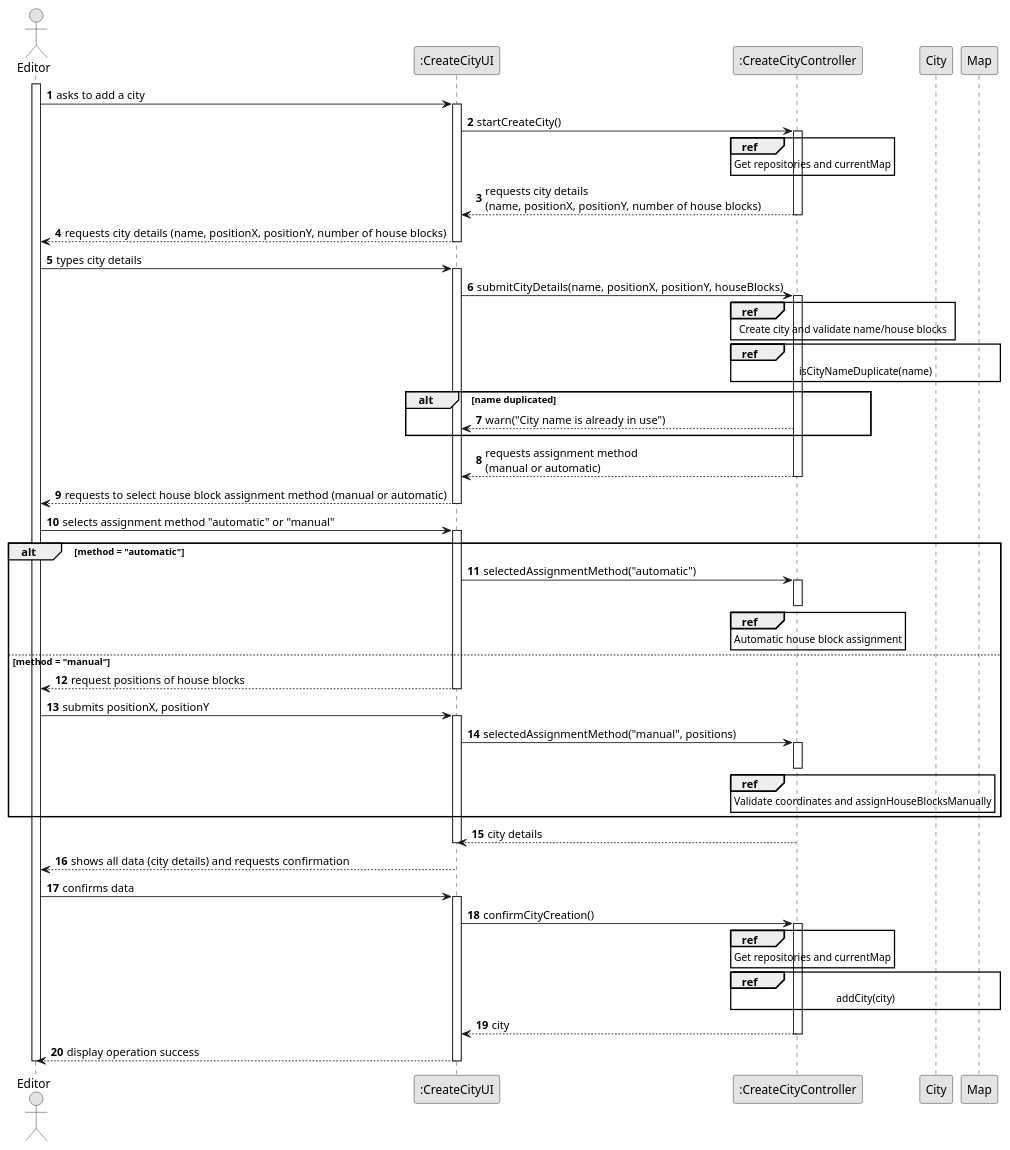
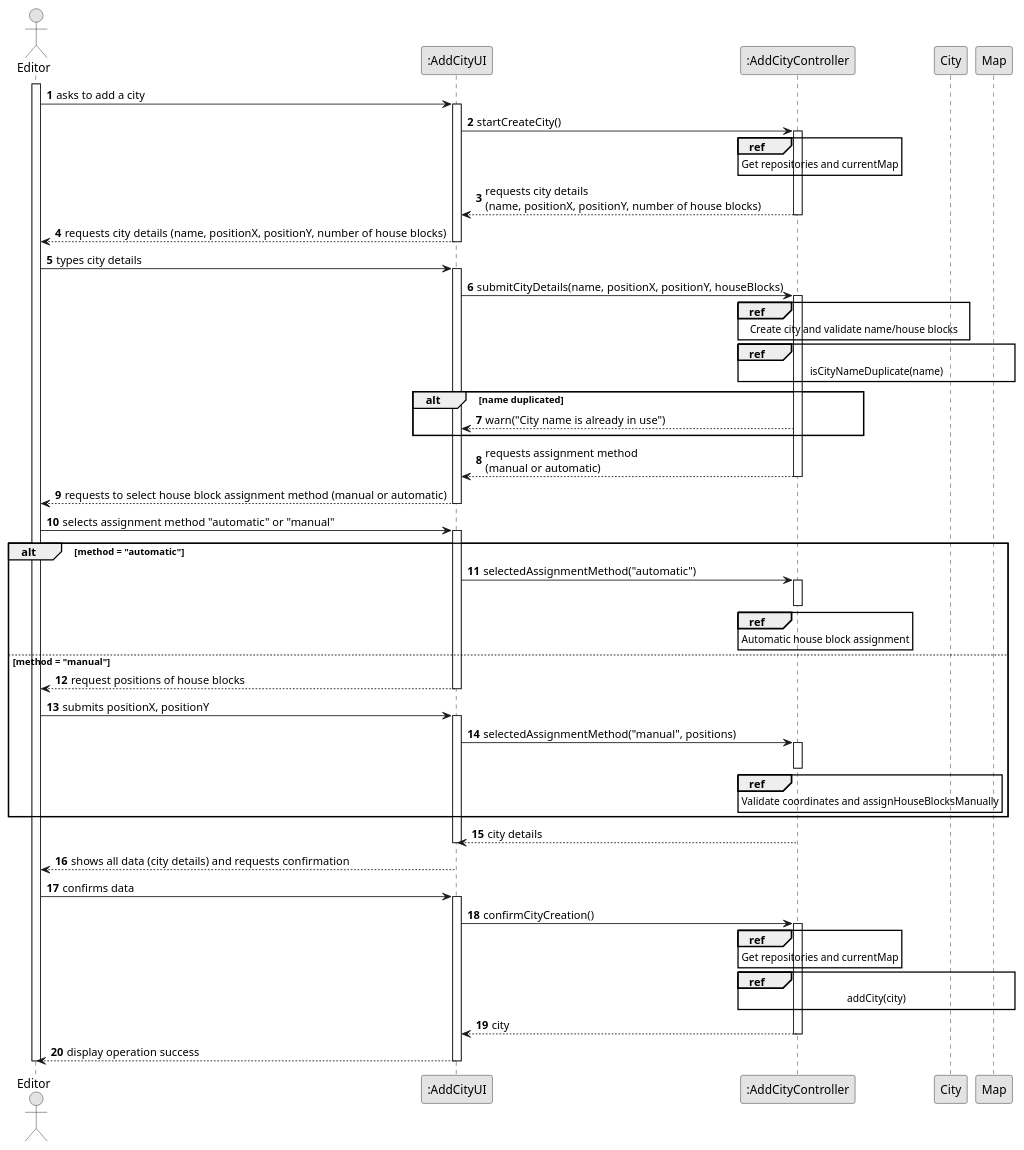
One commit to 1240826/empire-on-tracks changed the diagram in docs/system-documentation/US003/03.design/puml/US003-SD-split.puml. Above: the diagram before and after it, drawn with PlantUML. The commit also changed 23 other files, not shown here.

```diff
--- a/docs/system-documentation/US003/03.design/puml/US003-SD-split.puml
+++ b/docs/system-documentation/US003/03.design/puml/US003-SD-split.puml
@@ -1,105 +1,105 @@
 @startuml
 skinparam monochrome true
 skinparam packageStyle rectangle
 skinparam shadowing false
 
 autonumber
 
 actor "Editor" as Editor
-participant ":CreateCityUI" as UI
-participant ":CreateCityController" as Controller
+participant ":AddCityUI" as UI
+participant ":AddCityController" as Controller
 
 activate Editor
 
 Editor -> UI : asks to add a city
 activate UI
 
     UI -> Controller : startCreateCity()
     activate Controller
 
         ref over Controller
             Get repositories and currentMap
         end ref
 
         Controller --> UI : requests city details\n(name, positionX, positionY, number of house blocks)
     deactivate Controller
 
 UI --> Editor : requests city details (name, positionX, positionY, number of house blocks)
 deactivate UI
 
 Editor -> UI : types city details
 activate UI
 
     UI -> Controller : submitCityDetails(name, positionX, positionY, houseBlocks)
     activate Controller
 
         ref over Controller, City
             Create city and validate name/house blocks
         end ref
 
         ref over Controller, Map
             isCityNameDuplicate(name)
         end ref
 
         alt name duplicated
             Controller --> UI : warn("City name is already in use")
         end
 
         Controller --> UI : requests assignment method\n(manual or automatic)
     deactivate Controller
 
 UI --> Editor : requests to select house block assignment method (manual or automatic)
 deactivate UI
 
 Editor -> UI : selects assignment method "automatic" or "manual"
 activate UI
 
     alt method = "automatic"
         UI -> Controller : selectedAssignmentMethod("automatic")
         activate Controller
 
             ref over Controller
                 Automatic house block assignment
             end ref
         deactivate Controller
 
     else method = "manual"
         UI --> Editor : request positions of house blocks
         deactivate UI
         Editor -> UI : submits positionX, positionY
         activate UI
         UI -> Controller : selectedAssignmentMethod("manual", positions)
         activate Controller
 
             ref over Controller
                 Validate coordinates and assignHouseBlocksManually
             end ref
         deactivate Controller
     end
 
     Controller --> UI : city details
 deactivate UI
 
 UI --> Editor : shows all data (city details) and requests confirmation
 Editor -> UI : confirms data
 activate UI
 
     UI -> Controller : confirmCityCreation()
     activate Controller
 
         ref over Controller
             Get repositories and currentMap
         end ref
 
         ref over Controller, Map
             addCity(city)
         end ref
 
         Controller --> UI : city
     deactivate Controller
 
     UI --> Editor : display operation success
 deactivate UI
 
 deactivate Editor
 @enduml
```
